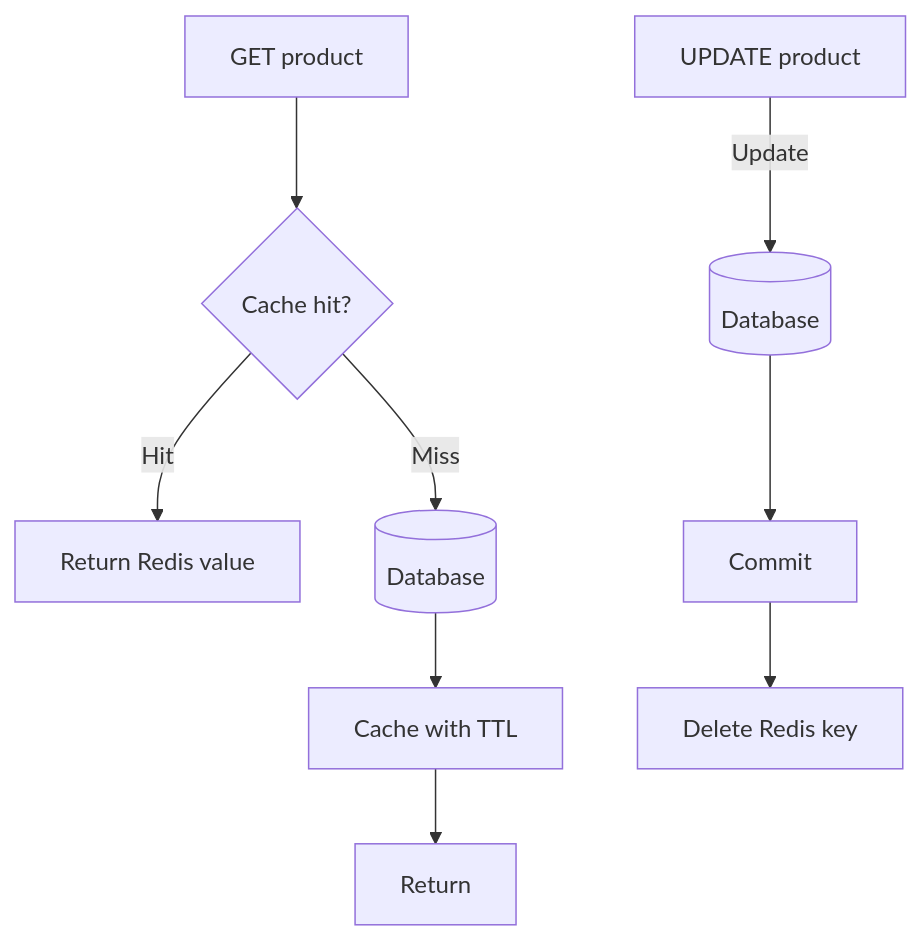
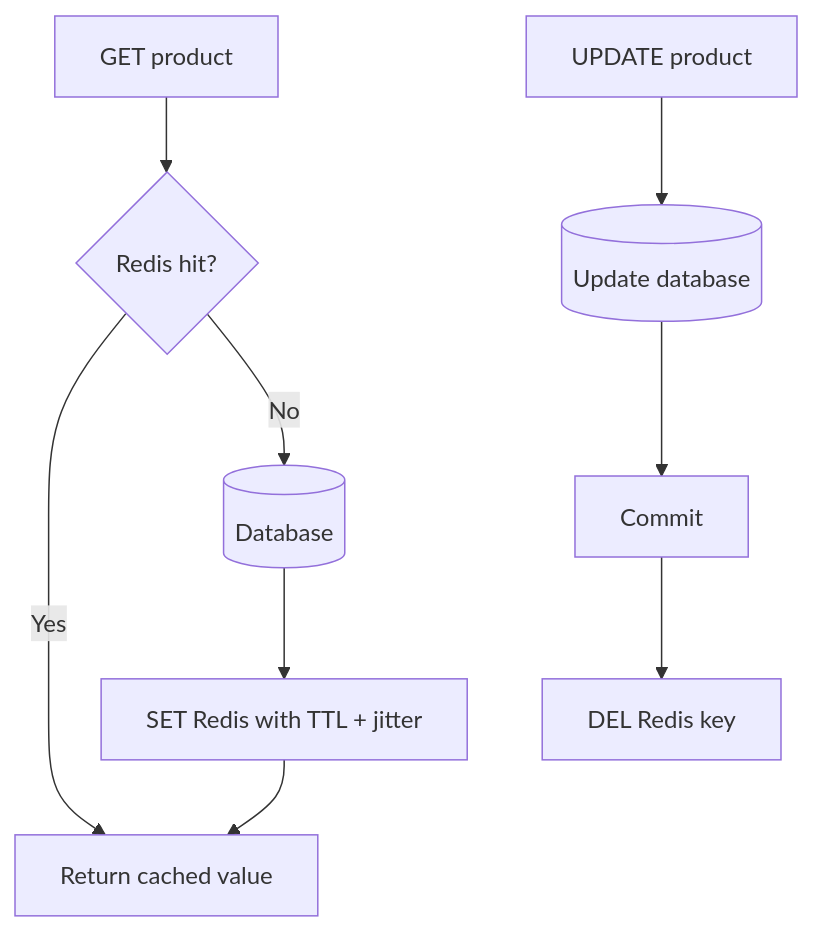
One commit to AvadhBhalodiya/Interview-Preparation changed the sixth of 7 diagrams in src/content/caching/cache-invalidation.md. Above: the diagram before and after it, drawn with Mermaid. The commit also changed other lines of this file and 54 other files, not shown here.

````diff
--- a/src/content/caching/cache-invalidation.md
+++ b/src/content/caching/cache-invalidation.md
@@ -616,12 +526,12 @@
 ```mermaid
 flowchart TD
-    G[GET product] --> Q{Cache hit?}
-    Q -->|Hit| RV[Return Redis value]
-    Q -->|Miss| RD[(Database)]
-    RD --> CT[Cache with TTL]
-    CT --> RET[Return]
+    R[GET product] --> H{Redis hit?}
+    H -->|Yes| A[Return cached value]
+    H -->|No| D[(Database)]
+    D --> S[SET Redis with TTL + jitter]
+    S --> A
 
-    U[UPDATE product] -->|Update| UD[(Database)]
-    UD --> CM[Commit]
-    CM --> DEL[Delete Redis key]
+    U[UPDATE product] --> W[(Update database)]
+    W --> C[Commit]
+    C --> X[DEL Redis key]
 ```
````
